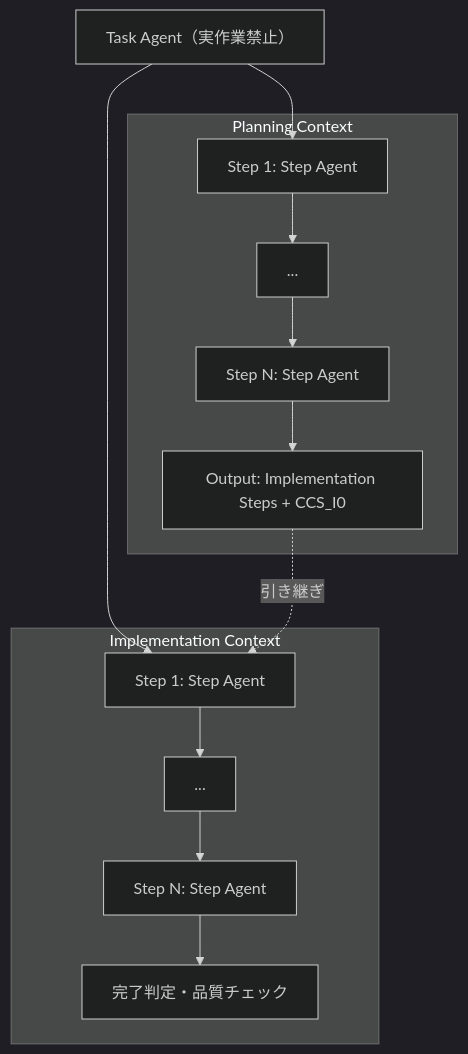
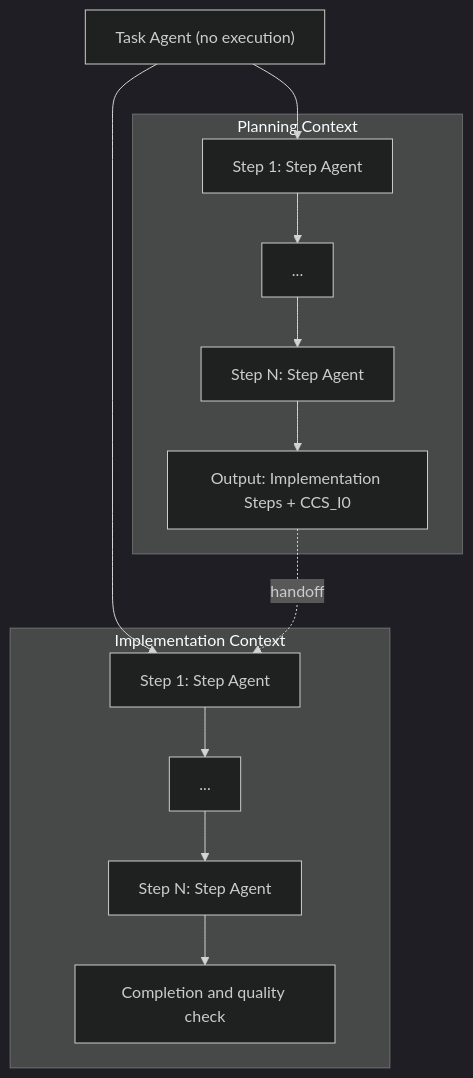
One commit to kiyohome/outputs changed the second of 3 diagrams in agents-in-your-area/docs/architecture.md. Above: the diagram before and after it, drawn with Mermaid (dark theme). The commit also changed other lines of this file and 7 other files, not shown here.

````diff
--- a/agents-in-your-area/docs/architecture.md
+++ b/agents-in-your-area/docs/architecture.md
@@ -35,24 +33,24 @@
 ```mermaid
 flowchart TB
-    TA["Task Agent（実作業禁止）"]
+    TA["Task Agent (no execution)"]
 
     subgraph Planning["Planning Context"]
         P1["Step 1: Step Agent"]
         Pdots["..."]
         PN["Step N: Step Agent"]
         POut["Output: Implementation Steps + CCS_I0"]
         P1 --> Pdots --> PN --> POut
     end
 
     subgraph Impl["Implementation Context"]
         I1["Step 1: Step Agent"]
         Idots["..."]
         IN["Step N: Step Agent"]
-        IOut["完了判定・品質チェック"]
+        IOut["Completion and quality check"]
         I1 --> Idots --> IN --> IOut
     end
 
     TA --> P1
     TA --> I1
-    POut -.->|引き継ぎ| I1
+    POut -.->|handoff| I1
 ```
````
